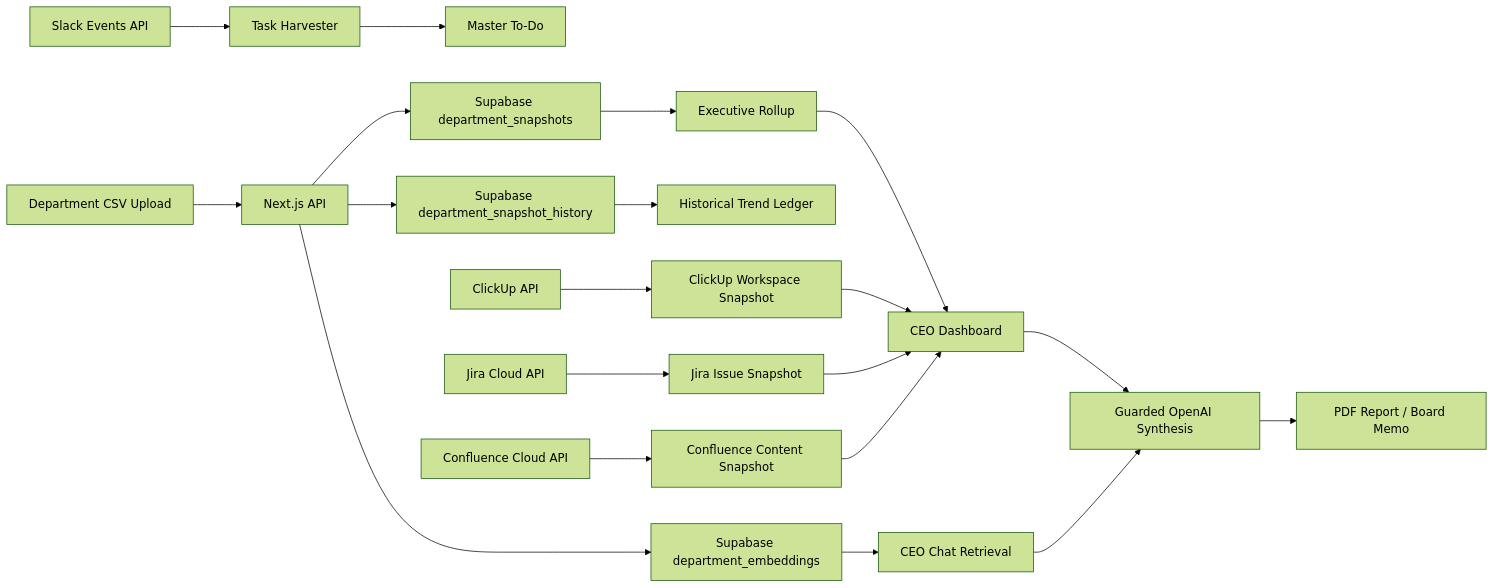
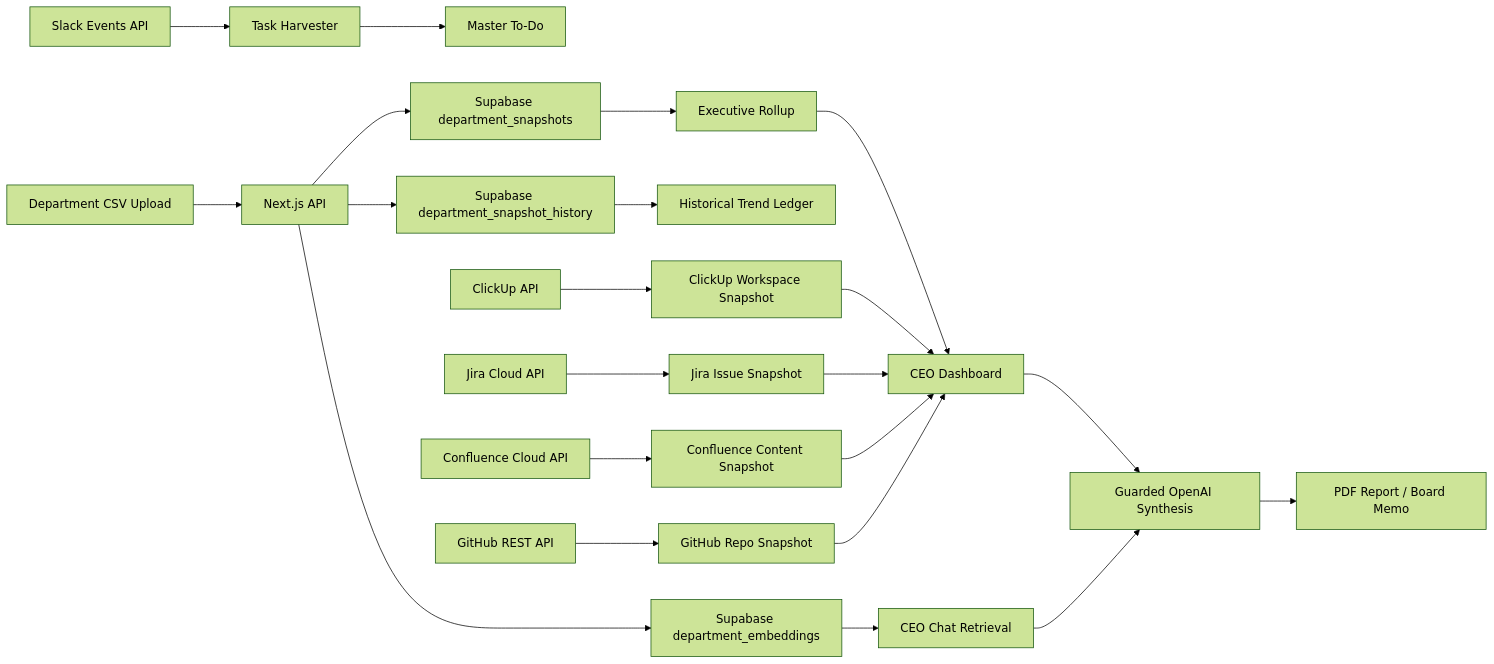
The diagram in README.md (suhasbhairav/ai-chief-of-staff), drawn with Mermaid (forest theme) before and after one commit. The commit also changed other lines of this file and 11 other files, not shown here.

````diff
--- a/README.md
+++ b/README.md
@@ -335,22 +339,24 @@
 ```mermaid
 flowchart LR
   A[Department CSV Upload] --> B[Next.js API]
   B --> C[Supabase department_snapshots]
   B --> D[Supabase department_snapshot_history]
   B --> M[Supabase department_embeddings]
   C --> E[Executive Rollup]
   D --> F[Historical Trend Ledger]
   M --> N[CEO Chat Retrieval]
   E --> G[CEO Dashboard]
   G --> H[Guarded OpenAI Synthesis]
   N --> H
   H --> I[PDF Report / Board Memo]
   J[Slack Events API] --> K[Task Harvester]
   K --> L[Master To-Do]
   O[ClickUp API] --> P[ClickUp Workspace Snapshot]
   P --> G
   Q[Jira Cloud API] --> R[Jira Issue Snapshot]
   S[Confluence Cloud API] --> T[Confluence Content Snapshot]
+  U[GitHub REST API] --> V[GitHub Repo Snapshot]
   R --> G
   T --> G
+  V --> G
 ```
````
